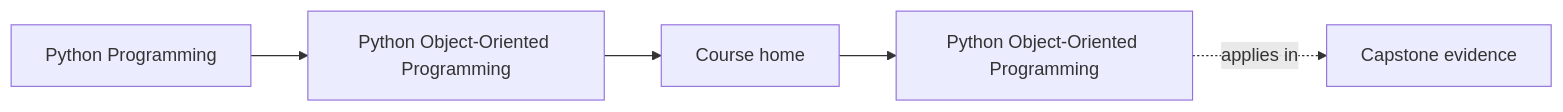
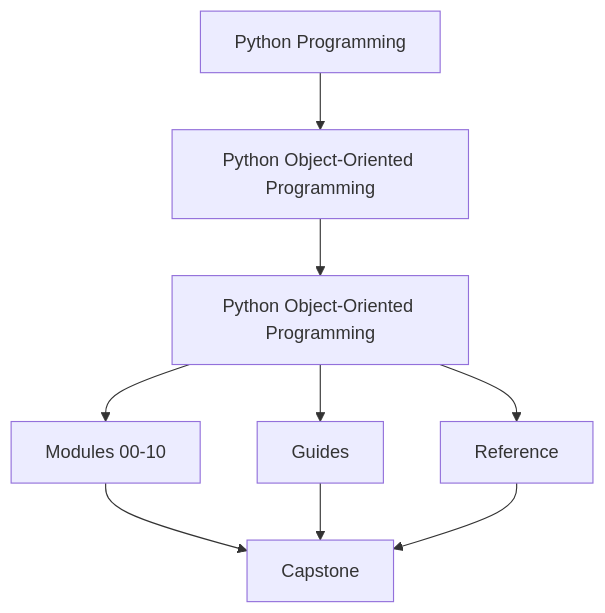
Before and after one commit to bijux/bijux-masterclass: the first of 2 diagrams in programs/python-programming/python-object-oriented-programming/course-book/index.md, drawn with Mermaid. The commit also changed other lines of this file and 3 other files, not shown here.

Commit message:
docs(python-object-oriented-programming): reframe course-book entry diagrams

````diff
--- a/programs/python-programming/python-object-oriented-programming/course-book/index.md
+++ b/programs/python-programming/python-object-oriented-programming/course-book/index.md
@@ -7,11 +7,11 @@
 ```mermaid
-graph LR
-  family["Python Programming"]
-  program["Python Object-Oriented Programming"]
-  section["Course home"]
-  page["Python Object-Oriented Programming"]
-  capstone["Capstone evidence"]
-
-  family --> program --> section --> page
-  page -.applies in.-> capstone
+flowchart TD
+  family["Python Programming"] --> program["Python Object-Oriented Programming"]
+  program --> home["Python Object-Oriented Programming"]
+  home --> modules["Modules 00-10"]
+  home --> guides["Guides"]
+  home --> reference["Reference"]
+  modules --> capstone["Capstone"]
+  guides --> capstone
+  reference --> capstone
 ```
````
